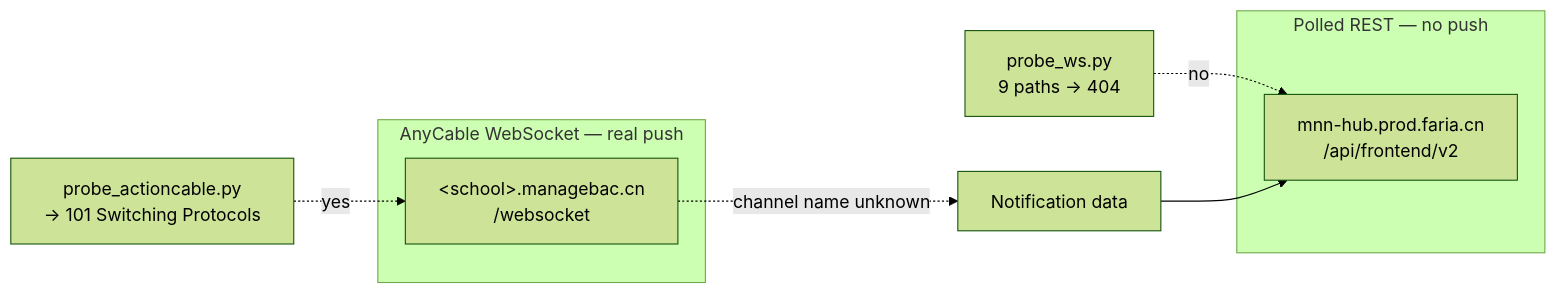
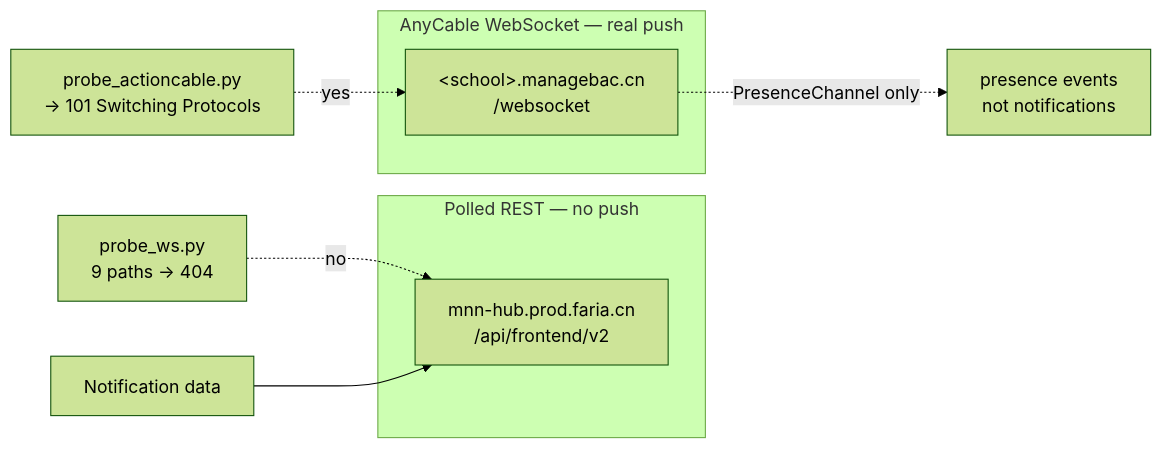
Before and after one commit to allen546/mb-cli: the diagram in docs/realtime-transport-findings.md, drawn with Mermaid (forest theme). The commit also changed other lines of this file and 3 other files, not shown here.

````diff
--- a/docs/realtime-transport-findings.md
+++ b/docs/realtime-transport-findings.md
@@ -17,13 +18,13 @@
 ```mermaid
 graph LR
     subgraph "Polled REST — no push"
         HUB["mnn-hub.prod.faria.cn<br/>/api/frontend/v2"]
     end
     subgraph "AnyCable WebSocket — real push"
         MB["&lt;school&gt;.managebac.cn<br/>/websocket"]
     end
     PROBE1["probe_ws.py<br/>9 paths → 404"] -.->|no| HUB
     PROBE2["probe_actioncable.py<br/>→ 101 Switching Protocols"] -.->|yes| MB
     NOTIF["Notification data"] --> HUB
-    MB -.->|channel name unknown| NOTIF
+    MB -.->|PresenceChannel only| PRESENCE["presence events<br/>not notifications"]
 ```
````
